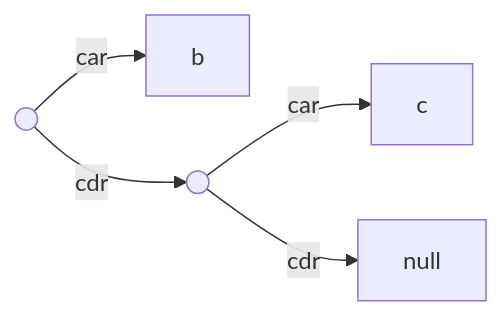
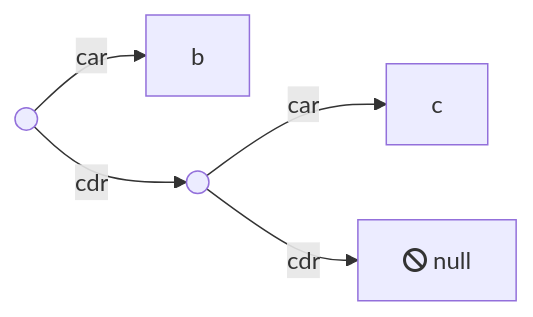
The second of 2 diagrams in _posts/2019-01-11-another-look-at-lisp.md (raganwald/raganwald.github.com), drawn with Mermaid before and after one commit. The commit also changed other lines of this file, not shown here.

```diff
--- a/_posts/2019-01-11-another-look-at-lisp.md
+++ b/_posts/2019-01-11-another-look-at-lisp.md
@@ -53,7 +53,7 @@
 <div class="mermaid">
   graph LR
     two(( ))-- car -->b
     two-- cdr -->three(( ))
     three-- car -->c
-    three-- cdr -->null
+    three-- cdr -->null["fa:fa-ban null"]
 </div>
```
